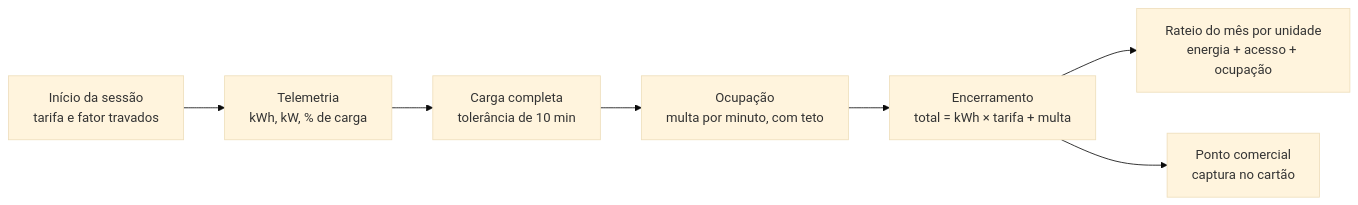
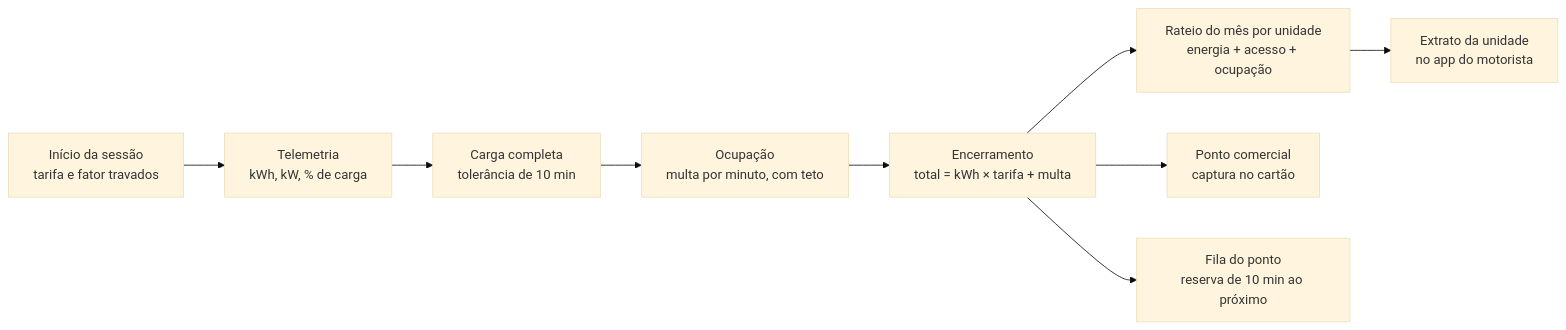
Before and after one commit to ev-charge-ops/docs: the second of 2 diagrams in README.md, drawn with Mermaid (base theme). The commit also changed other lines of this file, not shown here.

````diff
--- a/README.md
+++ b/README.md
@@ -142,9 +142,11 @@
 ```mermaid
 flowchart LR
     S["Início da sessão<br/>tarifa e fator travados"] --> T["Telemetria<br/>kWh, kW, % de carga"]
     T --> G["Carga completa<br/>tolerância de 10 min"]
     G --> I["Ocupação<br/>multa por minuto, com teto"]
     I --> C["Encerramento<br/>total = kWh × tarifa + multa"]
     C --> R["Rateio do mês por unidade<br/>energia + acesso + ocupação"]
+    R --> U["Extrato da unidade<br/>no app do motorista"]
     C --> P["Ponto comercial<br/>captura no cartão"]
+    C --> F["Fila do ponto<br/>reserva de 10 min ao próximo"]
 ```
````
